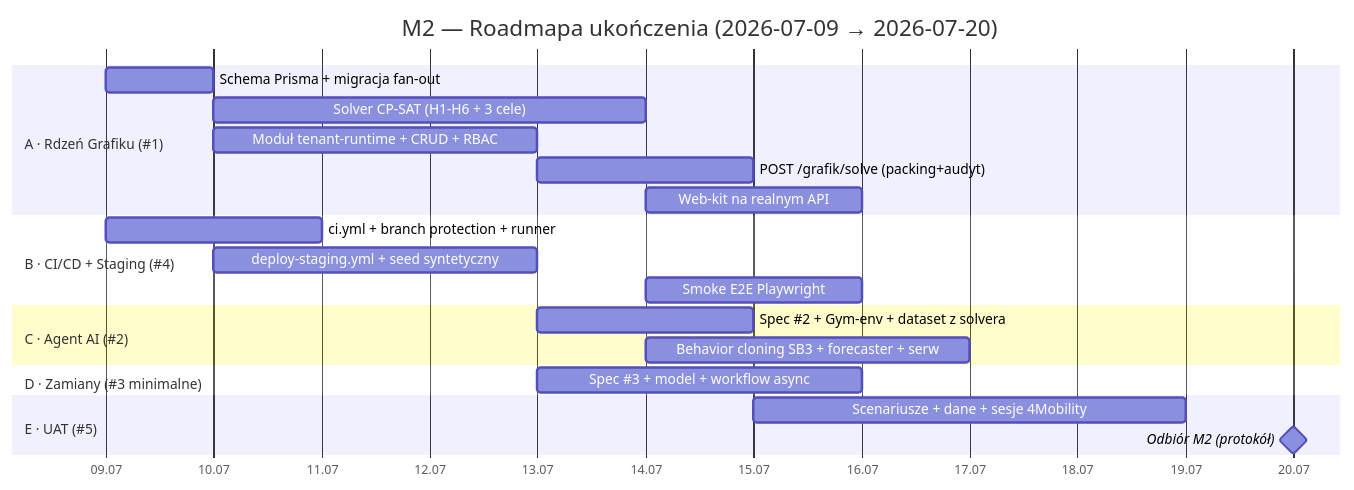
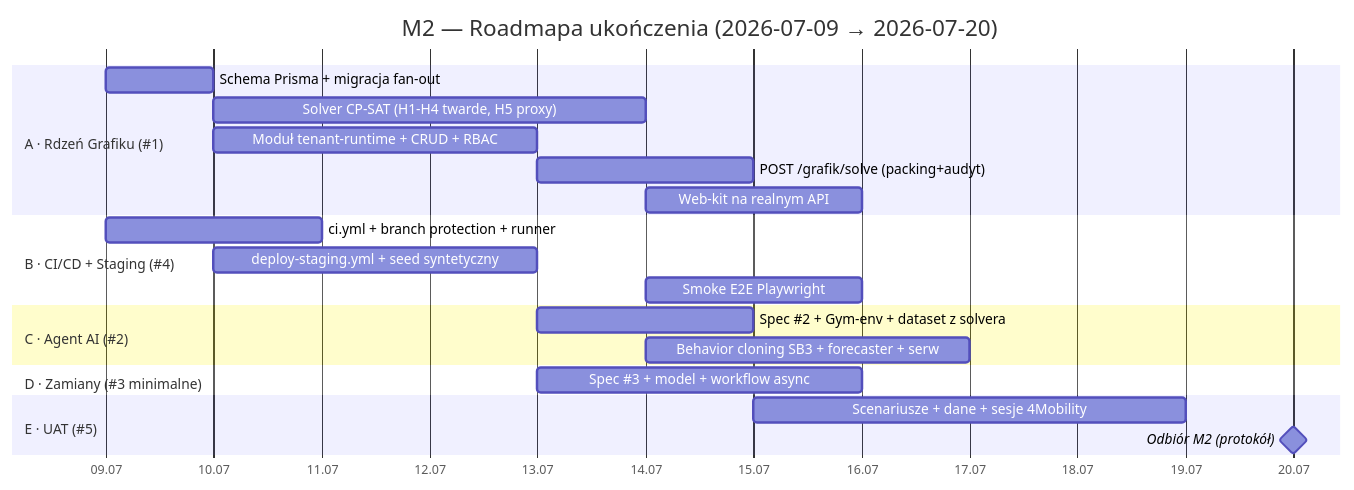
Before and after one commit to twilk/HRobotAI: the diagram in docs/superpowers/specs/2026-07-09-m2-roadmap-ukonczenie.md, drawn with Mermaid. The commit also changed other lines of this file and 26 other files, not shown here.

````diff
--- a/docs/superpowers/specs/2026-07-09-m2-roadmap-ukonczenie.md
+++ b/docs/superpowers/specs/2026-07-09-m2-roadmap-ukonczenie.md
@@ -73,24 +73,24 @@
 ```mermaid
 gantt
     title M2 — Roadmapa ukończenia (2026-07-09 → 2026-07-20)
     dateFormat YYYY-MM-DD
     axisFormat %d.%m
     section A · Rdzeń Grafiku (#1)
     Schema Prisma + migracja fan-out        :a1, 2026-07-09, 1d
-    Solver CP-SAT (H1-H6 + 3 cele)          :a2, 2026-07-10, 4d
+    Solver CP-SAT (H1-H4 twarde, H5 proxy)  :a2, 2026-07-10, 4d
     Moduł tenant-runtime + CRUD + RBAC      :a3, 2026-07-10, 3d
     POST /grafik/solve (packing+audyt)      :a4, 2026-07-13, 2d
     Web-kit na realnym API                  :a5, 2026-07-14, 2d
     section B · CI/CD + Staging (#4)
     ci.yml + branch protection + runner     :b1, 2026-07-09, 2d
     deploy-staging.yml + seed syntetyczny   :b2, 2026-07-10, 3d
     Smoke E2E Playwright                     :b3, 2026-07-14, 2d
     section C · Agent AI (#2)
     Spec #2 + Gym-env + dataset z solvera   :c1, 2026-07-13, 2d
     Behavior cloning SB3 + forecaster + serw:c2, 2026-07-14, 3d
     section D · Zamiany (#3 minimalne)
     Spec #3 + model + workflow async        :d1, 2026-07-13, 3d
     section E · UAT (#5)
     Scenariusze + dane + sesje 4Mobility    :e1, 2026-07-15, 4d
     Odbiór M2 (protokół)                     :milestone, 2026-07-20, 0d
 ```
````
